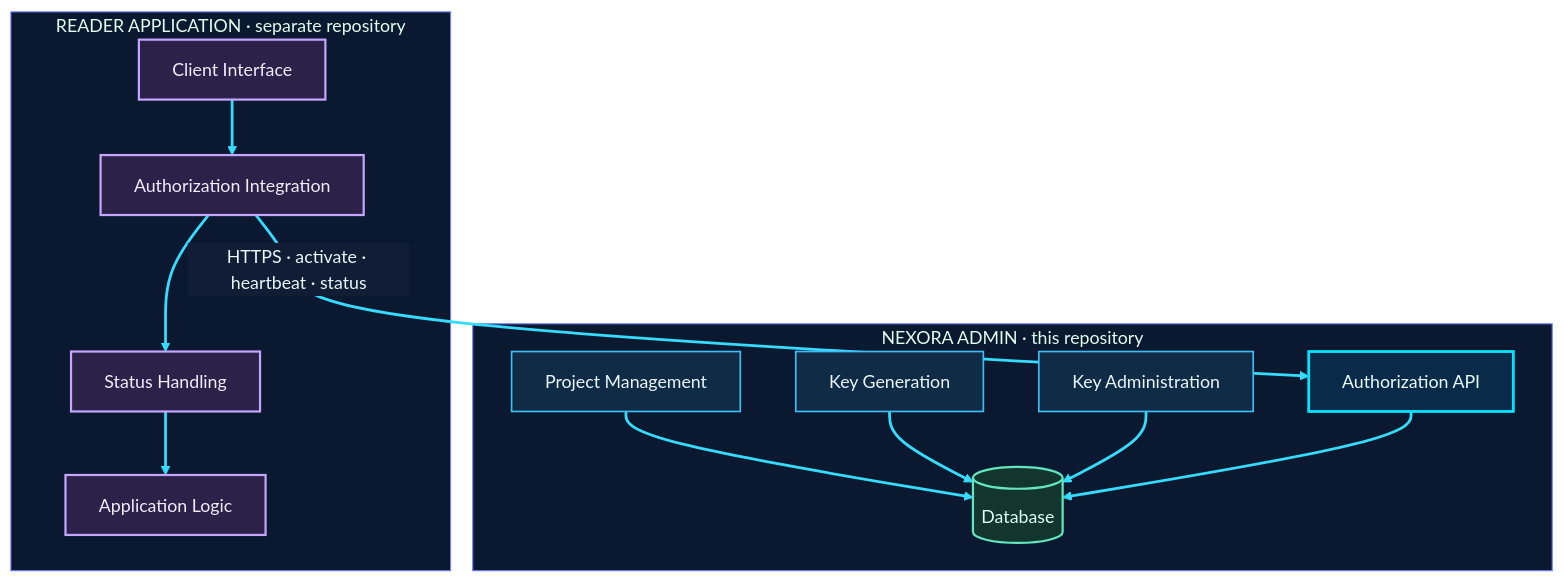
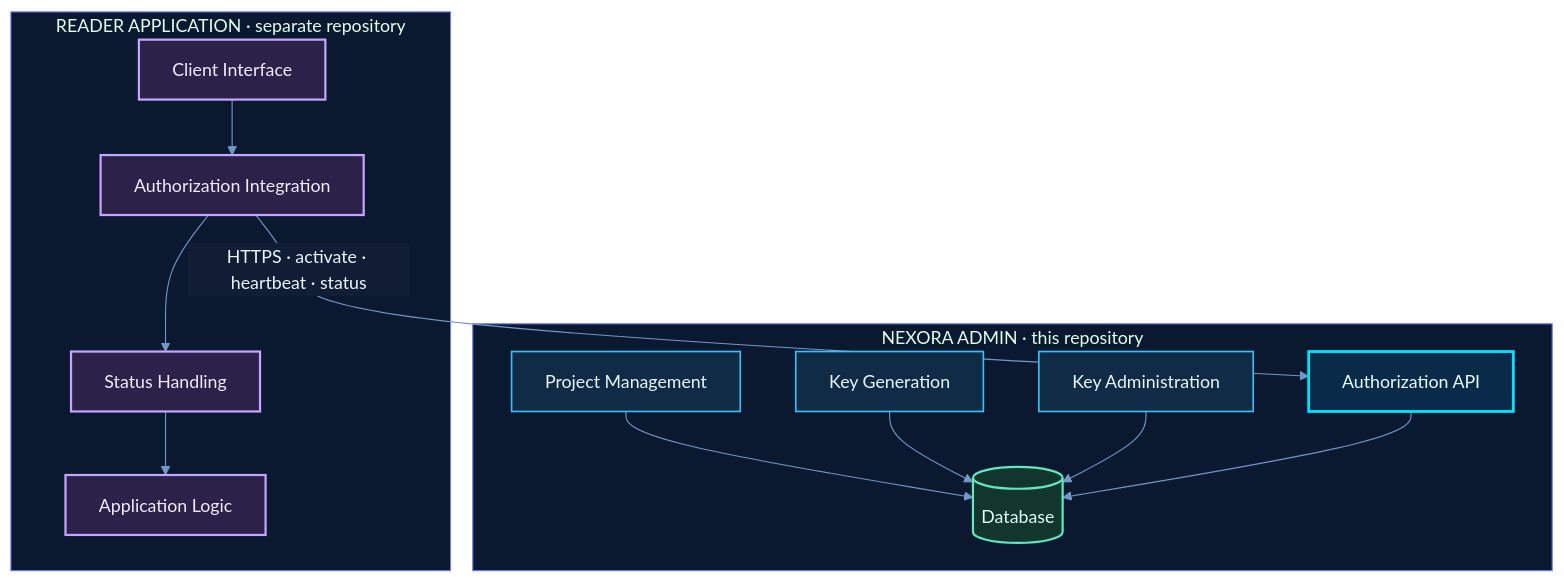
The second of 23 diagrams in README.md (shajeduzzamanenan992008inc/NexOra-Database-key-Gen), drawn with Mermaid before and after one commit. The commit also changed other lines of this file, not shown here.

````diff
--- a/README.md
+++ b/README.md
@@ -445,43 +445,43 @@
 ```mermaid
 %%{init: {"theme":"base","themeVariables":{"darkMode":true,"background":"#07111f","primaryColor":"#102744","primaryTextColor":"#e8f7ff","primaryBorderColor":"#00d9ff","lineColor":"#7297c8","secondaryColor":"#261d45","secondaryTextColor":"#f3eaff","secondaryBorderColor":"#a78bfa","tertiaryColor":"#12332b","tertiaryTextColor":"#e0fff1","tertiaryBorderColor":"#41e6a2","fontFamily":"Inter, Segoe UI, sans-serif","edgeLabelBackground":"#101d34","mainBkg":"#102744","nodeBorder":"#00d9ff","clusterBkg":"#0b1930","clusterBorder":"#6f7dff","actorBkg":"#102744","actorBorder":"#00d9ff","actorTextColor":"#e8f7ff","signalColor":"#64d8ff","signalTextColor":"#e8f7ff","noteBkgColor":"#0e332b","noteBorderColor":"#41e6a2","noteTextColor":"#e0fff1"}}}%%
 flowchart TB
     subgraph ADMIN["NEXORA ADMIN · this repository"]
         A1["Project Management"]
         A2["Key Generation"]
         A3["Key Administration"]
         A4[("Database")]
         A5["Authorization API"]
     end
     subgraph READER["READER APPLICATION · separate repository"]
         R1["Client Interface"]
         R2["Authorization Integration"]
         R3["Status Handling"]
         R4["Application Logic"]
     end
     A1 --> A4
     A2 --> A4
     A3 --> A4
     A5 --> A4
     R2 -->|"HTTPS · activate · heartbeat · status"| A5
     R1 --> R2
     R2 --> R3
     R3 --> R4
 
+    %% OMEGA NEX-ORA visual classes
     %% OMEGA NEX-ORA / ULTRA NEON PALETTE
     classDef nxCore fill:#092b49,stroke:#00e5ff,stroke-width:2.5px,color:#e9fbff;
     classDef nxProcess fill:#102b45,stroke:#3dbcf5,stroke-width:1.5px,color:#e9f6ff;
     classDef nxDecision fill:#2b2050,stroke:#b38cff,stroke-width:2px,color:#f3edff;
     classDef nxSuccess fill:#0d3b2c,stroke:#3fffa0,stroke-width:2px,color:#e0fff0;
     classDef nxDanger fill:#451d30,stroke:#ff6688,stroke-width:2px,color:#fff0f3;
     classDef nxData fill:#12352d,stroke:#63e6be,stroke-width:2px,color:#e1fff5;
     classDef nxExternal fill:#2b2149,stroke:#c4a5ff,stroke-width:2px,color:#f3ecff;
     classDef nxInfo fill:#17253e,stroke:#91a7c9,stroke-width:1.5px,color:#e5efff;
     classDef nxWarning fill:#453116,stroke:#fbbf24,stroke-width:2px,color:#fff6d6;
+    %% Moving dashed route: Mermaid applies this class to explicitly identified edges.
     class A1,A2,A3 nxProcess;
     class A4 nxData;
     class A5 nxCore;
     class R1,R2,R3,R4 nxExternal;
-
-    %% Animated primary paths using Mermaid linkStyle (no edge-ID parser required)
-    linkStyle default stroke:#35dcff,stroke-width:2.5px,stroke-dasharray:8\,6,stroke-dashoffset:1000,animation:dash 24s linear infinite;
+    class nx02e01,nx02e02,nx02e03,nx02e04,nx02e05,nx02e06,nx02e07 nxAnimated;
 ```
````
